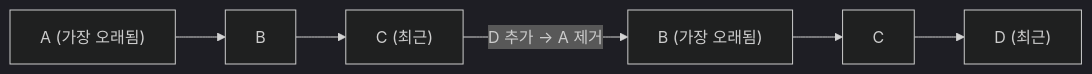
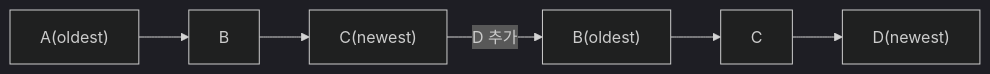
One commit to yjkim2015/yjkim2015.github.io changed the second of 4 diagrams in _posts/localcache/2026-05-01-cache-eviction-algorithms.md. Above: the diagram before and after it, drawn with Mermaid (dark theme). The commit also changed other lines of this file and 245 other files, not shown here.

First line of the commit message:
Mermaid 다이어그램 전면 수정 + 면접 포인트 접기/펼치기 + DB 데드락 페이지

````diff
--- a/_posts/localcache/2026-05-01-cache-eviction-algorithms.md
+++ b/_posts/localcache/2026-05-01-cache-eviction-algorithms.md
@@ -55,6 +55,6 @@
 ```mermaid
 graph LR
-    A1["A (가장 오래됨)"] --> B1["B"] --> C1["C (최근)"]
-    B2["B (가장 오래됨)"] --> C2["C"] --> D2["D (최근)"]
-    C1 -->|"D 추가 → A 제거"| B2
+    A1["A(oldest)"] --> B1["B"] --> C1["C(newest)"]
+    B2["B(oldest)"] --> C2["C"] --> D2["D(newest)"]
+    C1 -->|"D 추가"| B2
 ```
````
